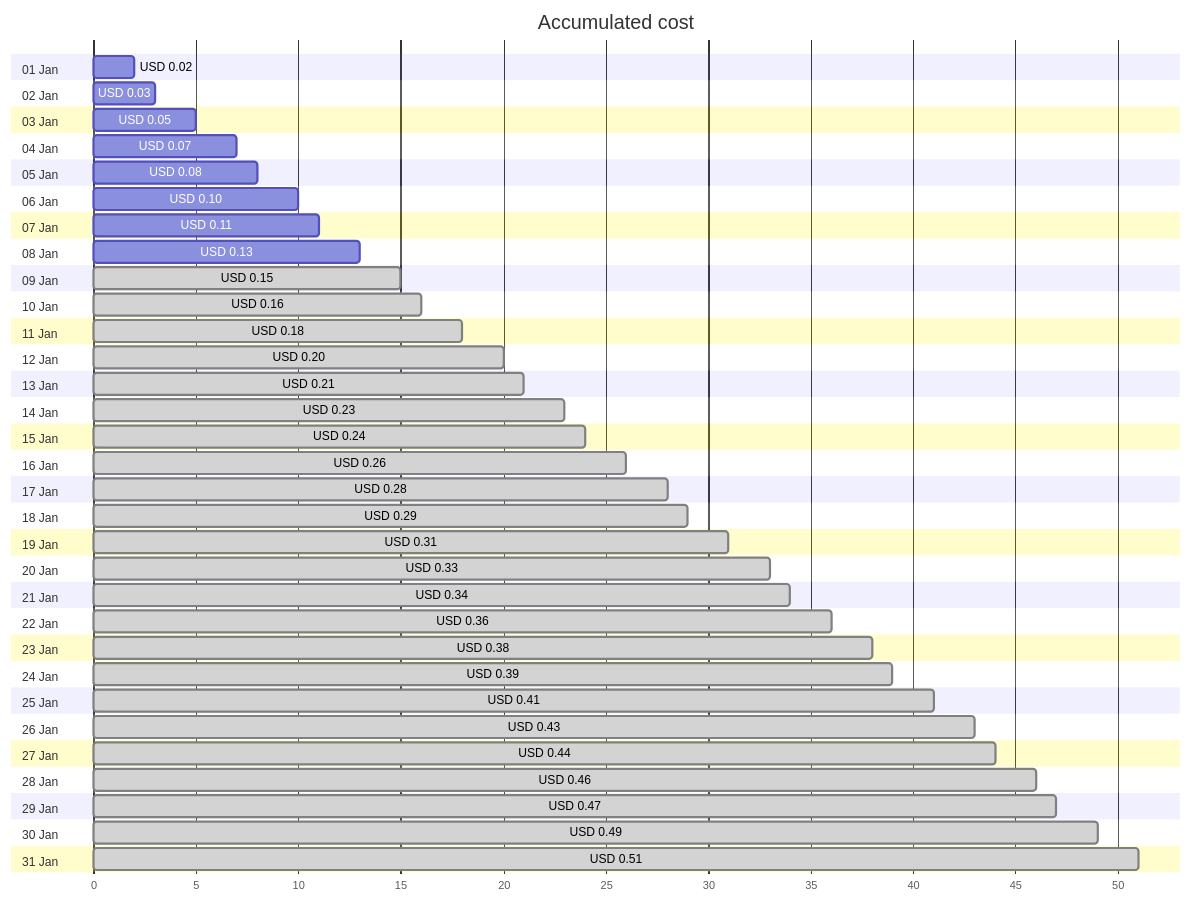
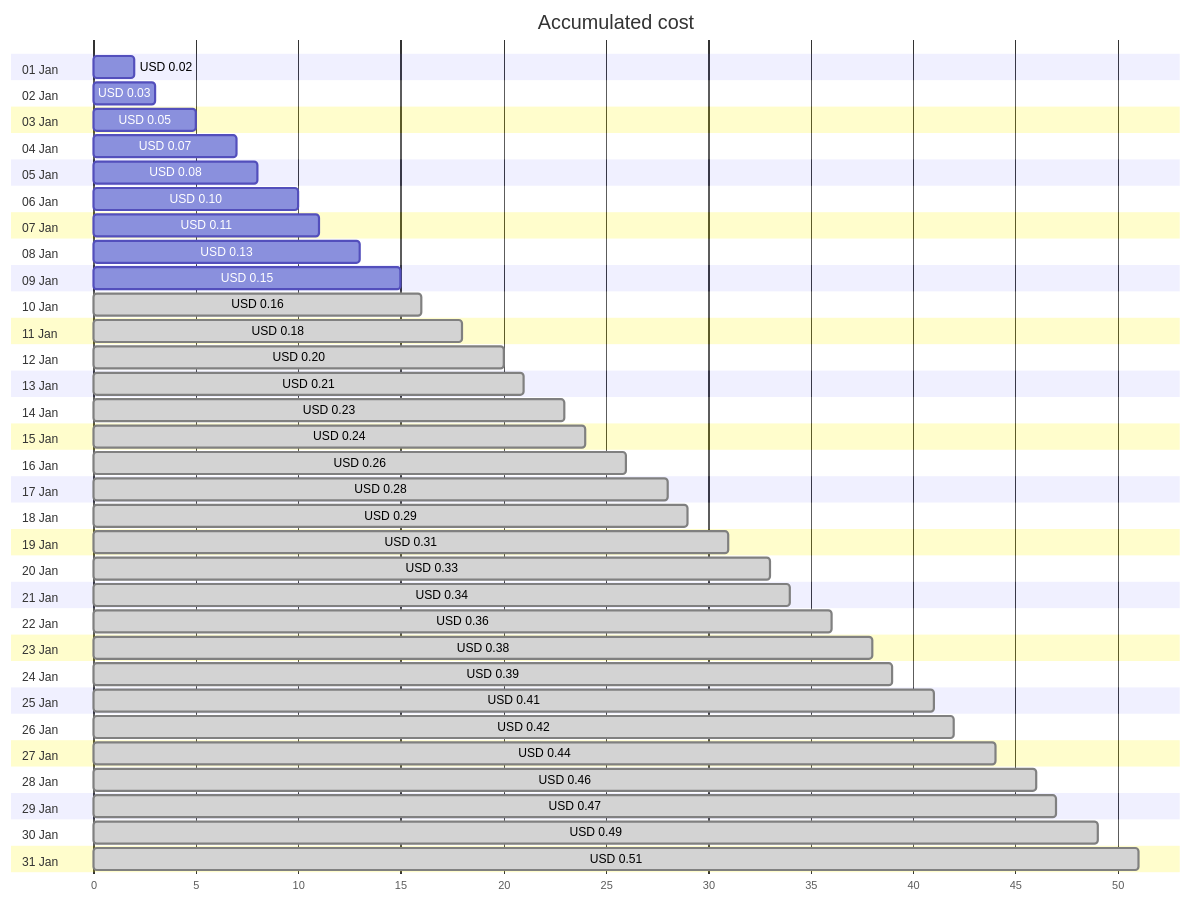
The first of 4 diagrams in cost-reports/personal-dns/jpatrickfulton.com.md (jpfulton/azure-personal-reports), drawn with Mermaid before and after one commit. The commit also changed other lines of this file and 2 other files, not shown here.

````diff
--- a/cost-reports/personal-dns/jpatrickfulton.com.md
+++ b/cost-reports/personal-dns/jpatrickfulton.com.md
@@ -20,68 +20,68 @@
 ```mermaid
 gantt
    title Accumulated cost
    dateFormat  X
    axisFormat %s
    section 01 Jan
    USD 0.02 :0, 2
    section 02 Jan
    USD 0.03 :0, 3
    section 03 Jan
    USD 0.05 :0, 5
    section 04 Jan
    USD 0.07 :0, 7
    section 05 Jan
    USD 0.08 :0, 8
    section 06 Jan
    USD 0.10 :0, 10
    section 07 Jan
    USD 0.11 :0, 11
    section 08 Jan
    USD 0.13 :0, 13
    section 09 Jan
-   USD 0.15 : done, 0, 15
+   USD 0.15 :0, 15
    section 10 Jan
    USD 0.16 : done, 0, 16
    section 11 Jan
    USD 0.18 : done, 0, 18
    section 12 Jan
    USD 0.20 : done, 0, 20
    section 13 Jan
    USD 0.21 : done, 0, 21
    section 14 Jan
    USD 0.23 : done, 0, 23
    section 15 Jan
    USD 0.24 : done, 0, 24
    section 16 Jan
    USD 0.26 : done, 0, 26
    section 17 Jan
    USD 0.28 : done, 0, 28
    section 18 Jan
    USD 0.29 : done, 0, 29
    section 19 Jan
    USD 0.31 : done, 0, 31
    section 20 Jan
    USD 0.33 : done, 0, 33
    section 21 Jan
    USD 0.34 : done, 0, 34
    section 22 Jan
    USD 0.36 : done, 0, 36
    section 23 Jan
    USD 0.38 : done, 0, 38
    section 24 Jan
    USD 0.39 : done, 0, 39
    section 25 Jan
    USD 0.41 : done, 0, 41
    section 26 Jan
-   USD 0.43 : done, 0, 43
+   USD 0.42 : done, 0, 42
    section 27 Jan
    USD 0.44 : done, 0, 44
    section 28 Jan
    USD 0.46 : done, 0, 46
    section 29 Jan
    USD 0.47 : done, 0, 47
    section 30 Jan
    USD 0.49 : done, 0, 49
    section 31 Jan
    USD 0.51 : done, 0, 51
 ```
````
